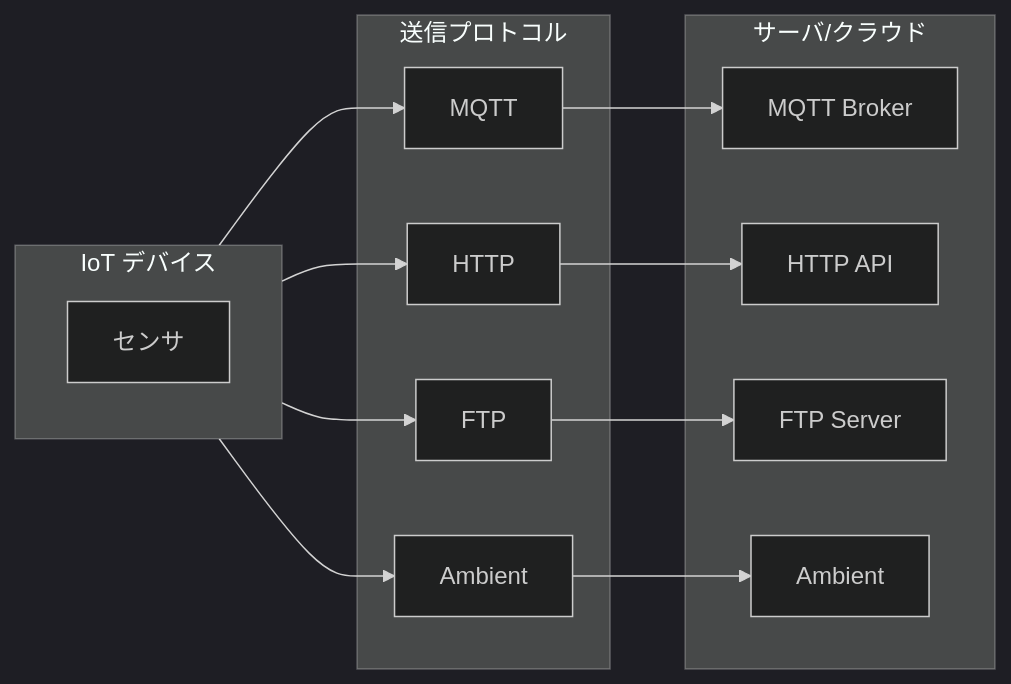
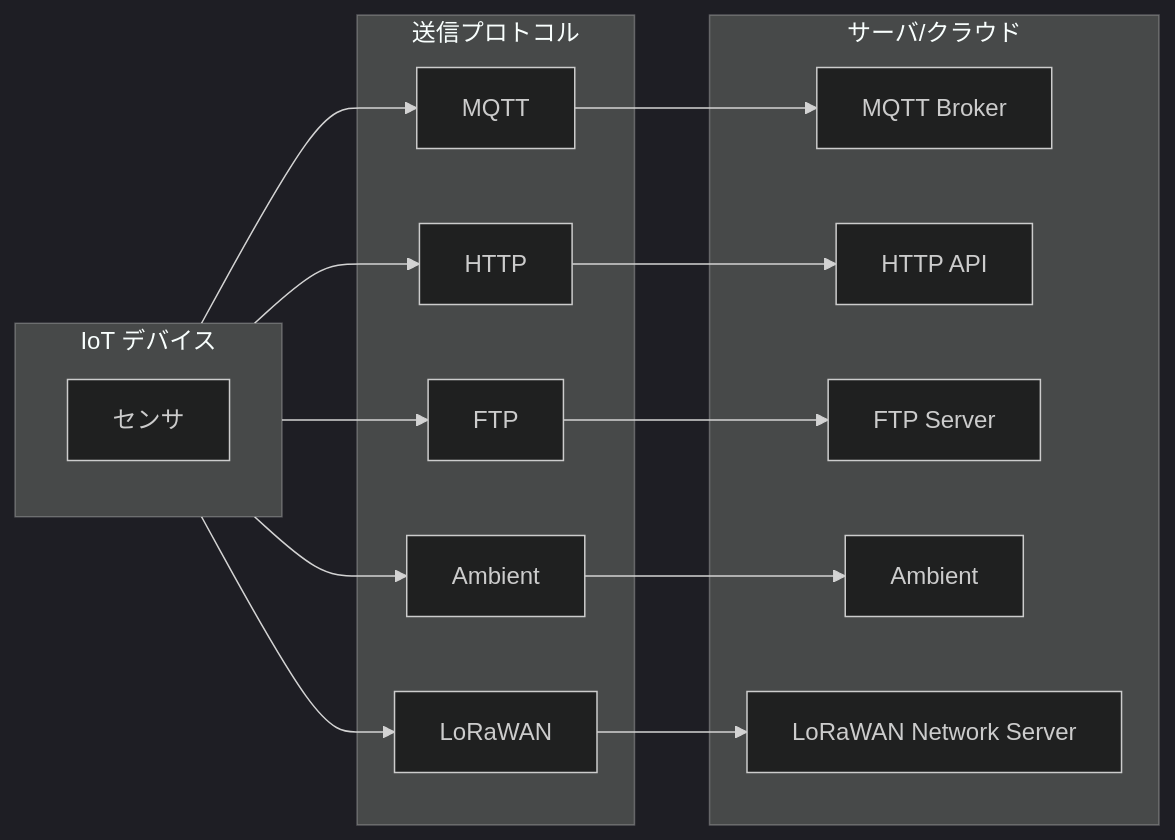
The first of 2 diagrams in notes/DATA_FORMAT.md (yrit-jp/yrit_iot_firmware), drawn with Mermaid (dark theme) before and after one commit. The commit also changed other lines of this file and 805 other files, not shown here.

````diff
--- a/notes/DATA_FORMAT.md
+++ b/notes/DATA_FORMAT.md
@@ -10,25 +10,28 @@
 ```mermaid
 graph LR
     subgraph Device[IoT デバイス]
         Sensor[センサ]
     end
 
     subgraph Protocols[送信プロトコル]
         MQTT[MQTT]
         HTTP[HTTP]
         FTP[FTP]
         AMB[Ambient]
+        LORA[LoRaWAN]
     end
 
     subgraph Server[サーバ/クラウド]
         Broker[MQTT Broker]
         API[HTTP API]
         FTPServer[FTP Server]
         AmbientSvc[Ambient]
+        LNS[LoRaWAN Network Server]
     end
 
     Device --> MQTT --> Broker
     Device --> HTTP --> API
     Device --> FTP --> FTPServer
     Device --> AMB --> AmbientSvc
+    Device --> LORA --> LNS
 ```
````
